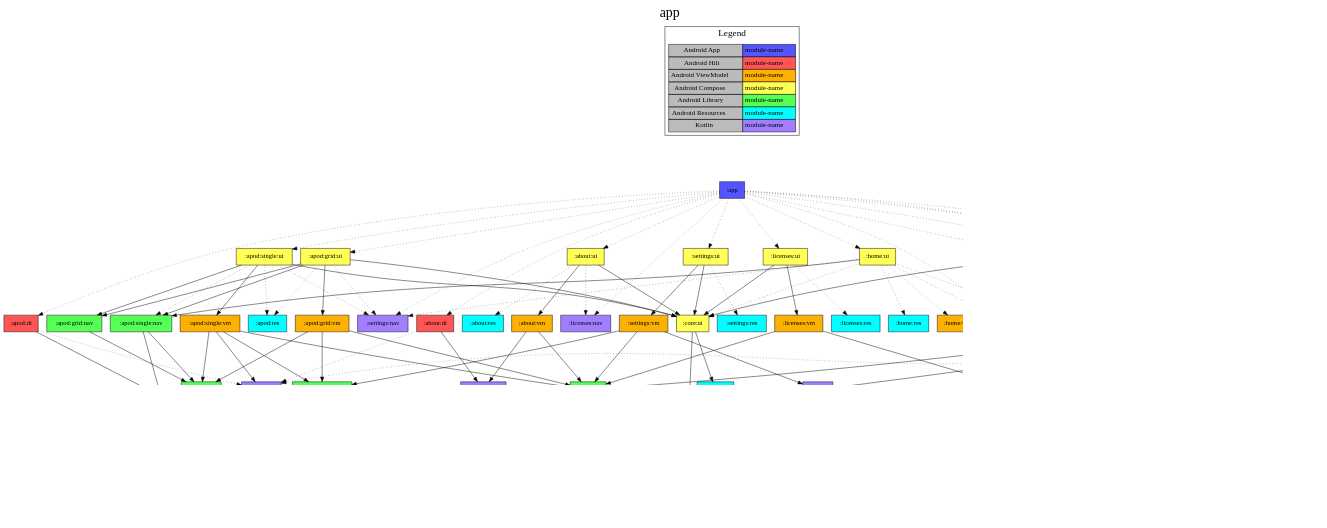
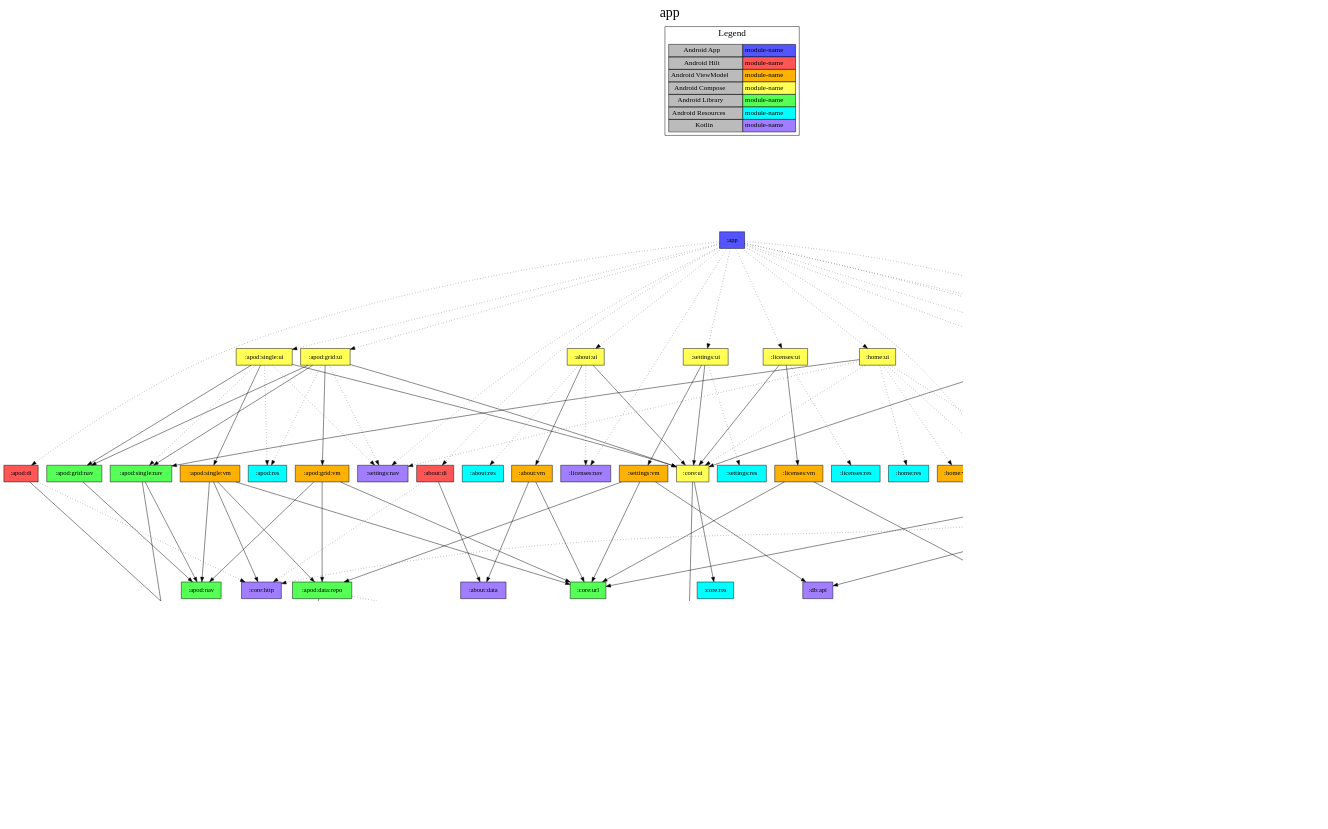
One commit to jonapoul/nasa-android changed the diagram in app/project-dependency-graph.dot. Above: the diagram before and after it, drawn with Graphviz. The commit also changed 30 other files, not shown here.

```diff
--- a/app/project-dependency-graph.dot
+++ b/app/project-dependency-graph.dot
@@ -1,165 +1,165 @@
 digraph {
 edge ["dir"="forward"]
-graph ["dpi"="100","label"="app","labelloc"="t","fontsize"="30","ranksep"="1.5","rankdir"="TB"]
+graph ["dpi"="100","label"="app","labelloc"="t","fontsize"="30","ranksep"="3.0","rankdir"="TB"]
 node ["style"="filled"]
 ":app" ["shape"="box","fillcolor"="#5555FF"]
 ":about:di" ["fillcolor"="#FF5555","shape"="box"]
 ":about:data" ["fillcolor"="#A17EFF","shape"="box"]
 ":core:http" ["fillcolor"="#A17EFF","shape"="box"]
 ":about:nav" ["fillcolor"="#A17EFF","shape"="box"]
 ":about:ui" ["fillcolor"="#FFFF55","shape"="box"]
 ":about:vm" ["fillcolor"="#FCB103","shape"="box"]
 ":core:url" ["fillcolor"="#55FF55","shape"="box"]
 ":core:ui" ["fillcolor"="#FFFF55","shape"="box"]
 ":core:model" ["fillcolor"="#A17EFF","shape"="box"]
 ":core:res" ["fillcolor"="#00FFFF","shape"="box"]
 ":about:res" ["fillcolor"="#00FFFF","shape"="box"]
 ":licenses:nav" ["fillcolor"="#A17EFF","shape"="box"]
 ":apod:di" ["fillcolor"="#FF5555","shape"="box"]
 ":apod:data:api" ["fillcolor"="#A17EFF","shape"="box"]
 ":apod:model" ["fillcolor"="#A17EFF","shape"="box"]
 ":apod:grid:ui" ["fillcolor"="#FFFF55","shape"="box"]
 ":apod:grid:nav" ["fillcolor"="#55FF55","shape"="box"]
 ":apod:nav" ["fillcolor"="#55FF55","shape"="box"]
 ":apod:grid:vm" ["fillcolor"="#FCB103","shape"="box"]
 ":apod:data:repo" ["fillcolor"="#55FF55","shape"="box"]
 ":db:apod" ["fillcolor"="#A17EFF","shape"="box"]
 ":apod:single:nav" ["fillcolor"="#55FF55","shape"="box"]
 ":apod:res" ["fillcolor"="#00FFFF","shape"="box"]
 ":settings:nav" ["fillcolor"="#A17EFF","shape"="box"]
 ":apod:single:ui" ["fillcolor"="#FFFF55","shape"="box"]
 ":apod:single:vm" ["fillcolor"="#FCB103","shape"="box"]
 ":db:di" ["fillcolor"="#FF5555","shape"="box"]
 ":db:impl" ["fillcolor"="#55FF55","shape"="box"]
 ":db:api" ["fillcolor"="#A17EFF","shape"="box"]
 ":db:gallery" ["fillcolor"="#A17EFF","shape"="box"]
 ":gallery:di" ["fillcolor"="#FF5555","shape"="box"]
 ":gallery:data:api" ["fillcolor"="#A17EFF","shape"="box"]
 ":gallery:model" ["fillcolor"="#A17EFF","shape"="box"]
 ":gallery:search:ui" ["fillcolor"="#FFFF55","shape"="box"]
 ":gallery:nav" ["fillcolor"="#A17EFF","shape"="box"]
 ":gallery:search:vm" ["fillcolor"="#FCB103","shape"="box"]
 ":gallery:data:repo" ["fillcolor"="#55FF55","shape"="box"]
 ":gallery:res" ["fillcolor"="#00FFFF","shape"="box"]
 ":home:nav" ["fillcolor"="#A17EFF","shape"="box"]
 ":home:ui" ["fillcolor"="#FFFF55","shape"="box"]
 ":home:res" ["fillcolor"="#00FFFF","shape"="box"]
 ":home:vm" ["fillcolor"="#FCB103","shape"="box"]
 ":licenses:di" ["fillcolor"="#FF5555","shape"="box"]
 ":licenses:data" ["fillcolor"="#A17EFF","shape"="box"]
 ":licenses:ui" ["fillcolor"="#FFFF55","shape"="box"]
 ":licenses:vm" ["fillcolor"="#FCB103","shape"="box"]
 ":licenses:res" ["fillcolor"="#00FFFF","shape"="box"]
 ":settings:ui" ["fillcolor"="#FFFF55","shape"="box"]
 ":settings:vm" ["fillcolor"="#FCB103","shape"="box"]
 ":settings:res" ["fillcolor"="#00FFFF","shape"="box"]
 {
 edge ["dir"="none"]
 graph ["rank"="same"]
 ":app"
 }
 ":app" -> ":about:di" ["style"="dotted"]
 ":app" -> ":about:nav" ["style"="dotted"]
 ":app" -> ":about:ui" ["style"="dotted"]
 ":app" -> ":apod:di" ["style"="dotted"]
 ":app" -> ":apod:grid:ui" ["style"="dotted"]
 ":app" -> ":apod:single:ui" ["style"="dotted"]
 ":app" -> ":db:di" ["style"="dotted"]
 ":app" -> ":gallery:di" ["style"="dotted"]
 ":app" -> ":gallery:search:ui" ["style"="dotted"]
 ":app" -> ":home:nav" ["style"="dotted"]
 ":app" -> ":home:ui" ["style"="dotted"]
 ":app" -> ":licenses:di" ["style"="dotted"]
 ":app" -> ":licenses:nav" ["style"="dotted"]
 ":app" -> ":licenses:ui" ["style"="dotted"]
 ":app" -> ":settings:nav" ["style"="dotted"]
 ":app" -> ":settings:ui" ["style"="dotted"]
 ":about:di" -> ":about:data"
 ":about:di" -> ":core:http" ["style"="dotted"]
 ":about:ui" -> ":about:vm"
 ":about:ui" -> ":core:ui"
 ":about:ui" -> ":about:res" ["style"="dotted"]
 ":about:ui" -> ":licenses:nav" ["style"="dotted"]
 ":about:vm" -> ":about:data"
 ":about:vm" -> ":core:url"
 ":core:ui" -> ":core:model"
 ":core:ui" -> ":core:res"
 ":apod:di" -> ":apod:data:api"
 ":apod:di" -> ":core:http" ["style"="dotted"]
 ":apod:data:api" -> ":apod:model"
 ":apod:data:api" -> ":core:model"
 ":apod:grid:ui" -> ":apod:grid:nav"
 ":apod:grid:ui" -> ":apod:grid:vm"
 ":apod:grid:ui" -> ":apod:single:nav"
 ":apod:grid:ui" -> ":core:ui"
 ":apod:grid:ui" -> ":apod:res" ["style"="dotted"]
 ":apod:grid:ui" -> ":settings:nav" ["style"="dotted"]
 ":apod:grid:nav" -> ":apod:nav"
 ":apod:grid:vm" -> ":apod:data:repo"
 ":apod:grid:vm" -> ":apod:nav"
 ":apod:grid:vm" -> ":core:url"
 ":apod:data:repo" -> ":apod:data:api"
-":apod:data:repo" -> ":db:apod"
+":apod:data:repo" -> ":db:apod" ["style"="dotted"]
 ":apod:single:nav" -> ":apod:model"
 ":apod:single:nav" -> ":apod:nav"
 ":apod:single:ui" -> ":apod:grid:nav"
 ":apod:single:ui" -> ":apod:single:vm"
 ":apod:single:ui" -> ":core:ui"
 ":apod:single:ui" -> ":apod:res" ["style"="dotted"]
 ":apod:single:ui" -> ":apod:single:nav" ["style"="dotted"]
 ":apod:single:ui" -> ":settings:nav" ["style"="dotted"]
 ":apod:single:vm" -> ":apod:data:repo"
 ":apod:single:vm" -> ":apod:nav"
 ":apod:single:vm" -> ":core:http"
 ":apod:single:vm" -> ":core:url"
 ":db:di" -> ":db:impl"
 ":db:impl" -> ":db:api"
 ":db:impl" -> ":db:apod"
 ":db:impl" -> ":db:gallery"
 ":gallery:di" -> ":gallery:data:api"
 ":gallery:di" -> ":core:http" ["style"="dotted"]
 ":gallery:di" -> ":core:model" ["style"="dotted"]
 ":gallery:data:api" -> ":gallery:model"
 ":gallery:search:ui" -> ":core:ui"
 ":gallery:search:ui" -> ":gallery:nav"
 ":gallery:search:ui" -> ":gallery:search:vm"
 ":gallery:search:ui" -> ":gallery:res" ["style"="dotted"]
 ":gallery:search:vm" -> ":core:url"
 ":gallery:search:vm" -> ":gallery:data:repo"
 ":gallery:data:repo" -> ":db:gallery"
 ":gallery:data:repo" -> ":gallery:data:api"
 ":home:ui" -> ":apod:single:nav"
 ":home:ui" -> ":about:nav" ["style"="dotted"]
 ":home:ui" -> ":core:ui" ["style"="dotted"]
 ":home:ui" -> ":gallery:nav" ["style"="dotted"]
 ":home:ui" -> ":home:res" ["style"="dotted"]
 ":home:ui" -> ":home:vm" ["style"="dotted"]
 ":home:ui" -> ":settings:nav" ["style"="dotted"]
 ":licenses:di" -> ":licenses:data"
 ":licenses:ui" -> ":core:ui"
 ":licenses:ui" -> ":licenses:vm"
 ":licenses:ui" -> ":licenses:res" ["style"="dotted"]
 ":licenses:vm" -> ":core:url"
 ":licenses:vm" -> ":licenses:data"
 ":settings:ui" -> ":core:ui"
 ":settings:ui" -> ":settings:vm"
 ":settings:ui" -> ":settings:res" ["style"="dotted"]
 ":settings:vm" -> ":apod:data:repo"
 ":settings:vm" -> ":core:url"
 ":settings:vm" -> ":db:api"
 subgraph "cluster_legend" {
 edge ["dir"="none"]
 graph ["label"="Legend","fontsize"="20"]
 "Legend" ["style"="filled","fillcolor"="#bbbbbb","shape"="none","margin"="0","fontsize"="15","label"=<
 <TABLE BORDER="0" CELLBORDER="1" CELLSPACING="0" CELLPADDING="4">
 <TR><TD>Android App</TD><TD BGCOLOR="#5555FF">module-name</TD></TR>
 <TR><TD>Android Hilt</TD><TD BGCOLOR="#FF5555">module-name</TD></TR>
 <TR><TD>Android ViewModel</TD><TD BGCOLOR="#FCB103">module-name</TD></TR>
 <TR><TD>Android Compose</TD><TD BGCOLOR="#FFFF55">module-name</TD></TR>
 <TR><TD>Android Library</TD><TD BGCOLOR="#55FF55">module-name</TD></TR>
 <TR><TD>Android Resources</TD><TD BGCOLOR="#00FFFF">module-name</TD></TR>
 <TR><TD>Kotlin</TD><TD BGCOLOR="#A17EFF">module-name</TD></TR>
 </TABLE>
 >]
 } -> ":app" ["style"="invis"]
 }
```
